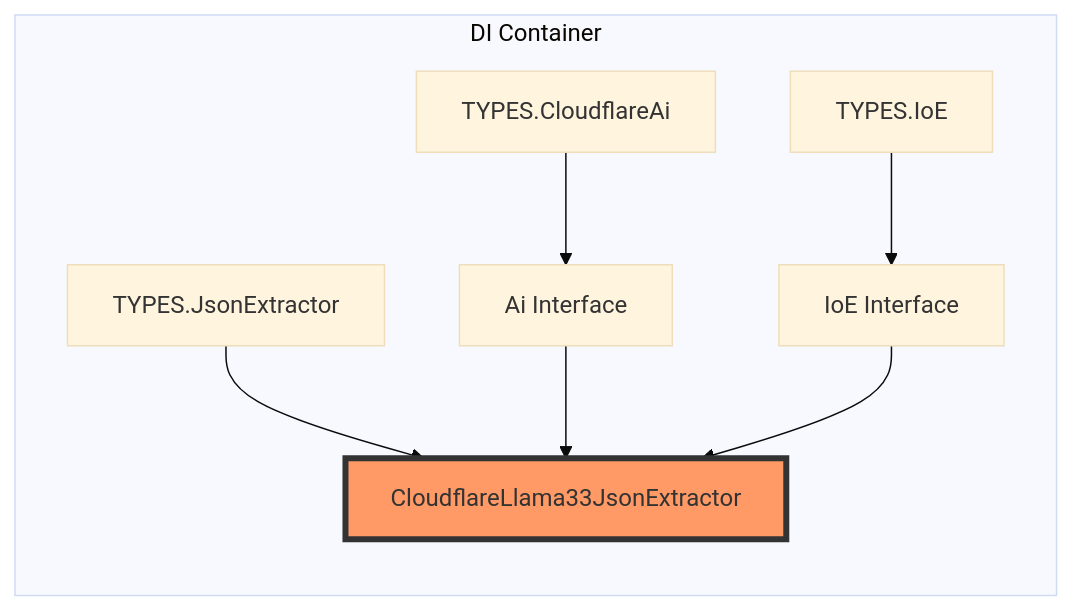
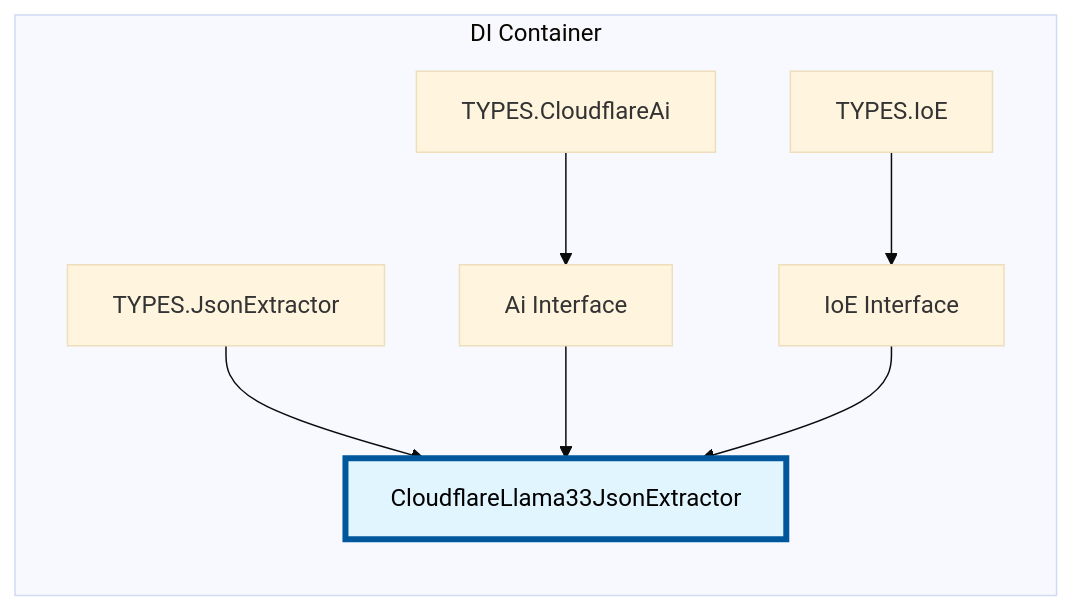
Before and after one commit to o2alexanderfedin/OCRChecksServer-demo: the third of 6 diagrams in docs/features/json-extraction/cloudflare-json-extractor-design.md, drawn with Mermaid (base theme). The commit also changed other lines of this file and 1 other file, not shown here.

First line of the commit message:
fix: improve Mermaid diagram colors for dark/light theme compatibility

````diff
--- a/docs/features/json-extraction/cloudflare-json-extractor-design.md
+++ b/docs/features/json-extraction/cloudflare-json-extractor-design.md
@@ -79,13 +79,13 @@
 ```mermaid
 graph LR
     subgraph "DI Container"
         A[TYPES.CloudflareAi] --> B[Ai Interface]
         C[TYPES.IoE] --> D[IoE Interface]
         E[TYPES.JsonExtractor] --> F[CloudflareLlama33JsonExtractor]
     end
 
     B --> F
     D --> F
 
-    style F fill:#f96,stroke:#333,stroke-width:4px
+    style F fill:#e1f5fe,stroke:#01579b,stroke-width:4px,color:#000
 ```
````
